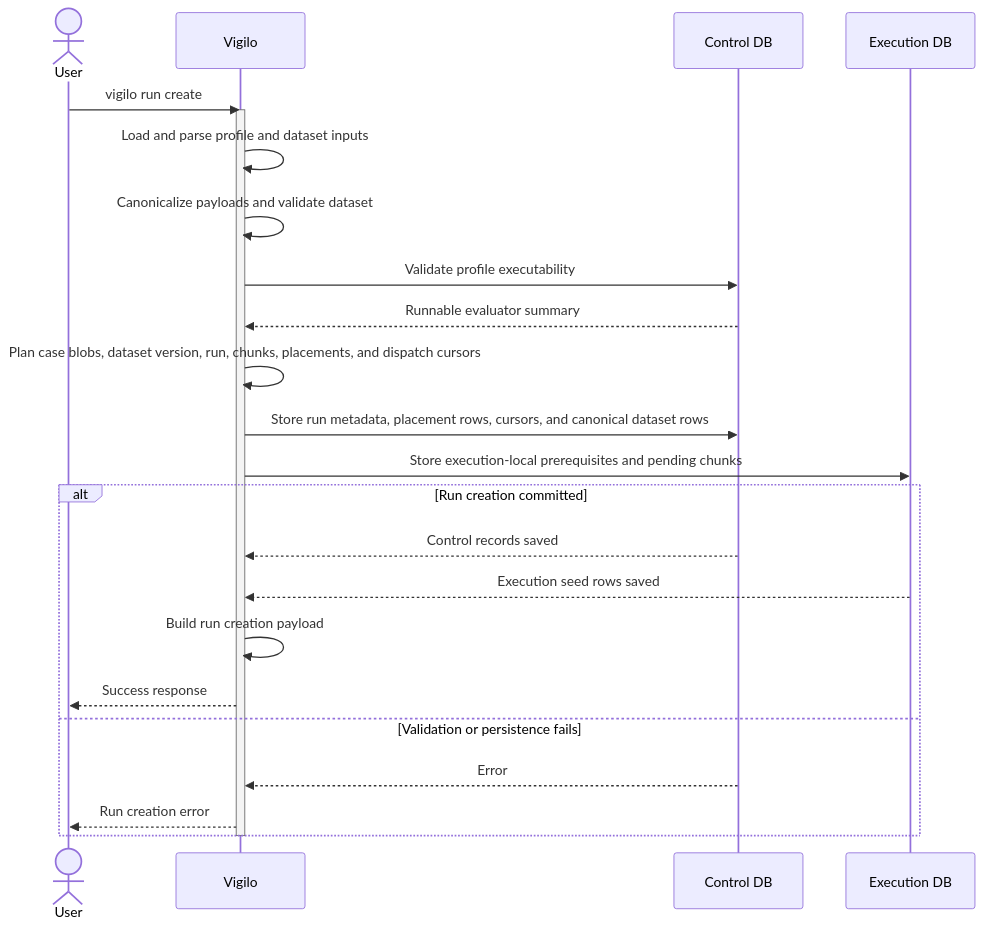
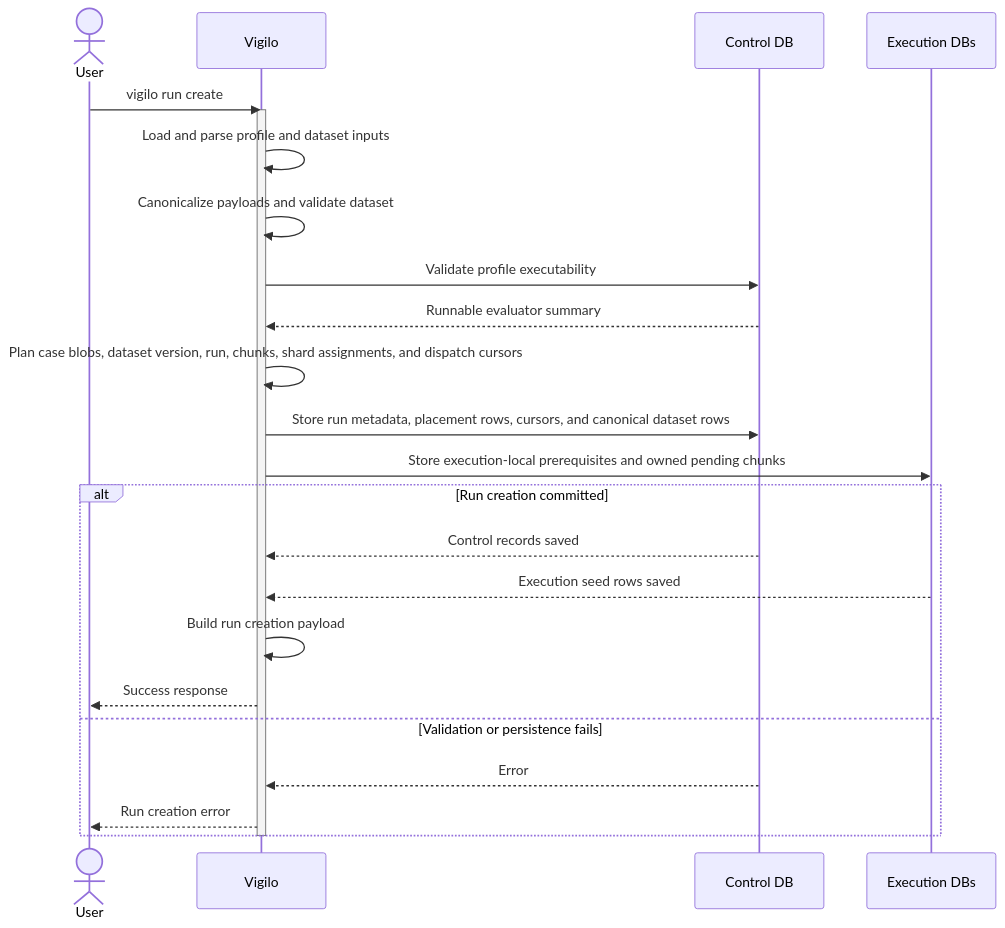
The diagram in web/docs/architecture/flows/run/create/execution-flow.mmd (gregl83/agent-vigilo), drawn with Mermaid before and after one commit. The commit also changed 10 other files, not shown here.

First line of the commit message:
update run create to distribute to shard placement

```diff
--- a/web/docs/architecture/flows/run/create/execution-flow.mmd
+++ b/web/docs/architecture/flows/run/create/execution-flow.mmd
@@ -1,37 +1,37 @@
 ---
 config:
   flowchart:
     nodeSpacing: 150
     rankSpacing: 80
   themeVariables:
     edgeLabelBackground: 'transparent'
 ---
 sequenceDiagram
     actor User
     participant Vigilo
     participant ControlDB as Control DB
-    participant ExecutionDB as Execution DB
+    participant ExecutionDB as Execution DBs
 
     User->>Vigilo: vigilo run create
     activate Vigilo
 
     Vigilo->>Vigilo: Load and parse profile and dataset inputs
     Vigilo->>Vigilo: Canonicalize payloads and validate dataset
     Vigilo->>ControlDB: Validate profile executability
     ControlDB-->>Vigilo: Runnable evaluator summary
 
-    Vigilo->>Vigilo: Plan case blobs, dataset version, run, chunks, placements, and dispatch cursors
+    Vigilo->>Vigilo: Plan case blobs, dataset version, run, chunks, shard assignments, and dispatch cursors
     Vigilo->>ControlDB: Store run metadata, placement rows, cursors, and canonical dataset rows
-    Vigilo->>ExecutionDB: Store execution-local prerequisites and pending chunks
+    Vigilo->>ExecutionDB: Store execution-local prerequisites and owned pending chunks
 
     alt Run creation committed
         ControlDB-->>Vigilo: Control records saved
         ExecutionDB-->>Vigilo: Execution seed rows saved
         Vigilo->>Vigilo: Build run creation payload
         Vigilo-->>User: Success response
     else Validation or persistence fails
         ControlDB-->>Vigilo: Error
         Vigilo-->>User: Run creation error
     end
 
     deactivate Vigilo
```
